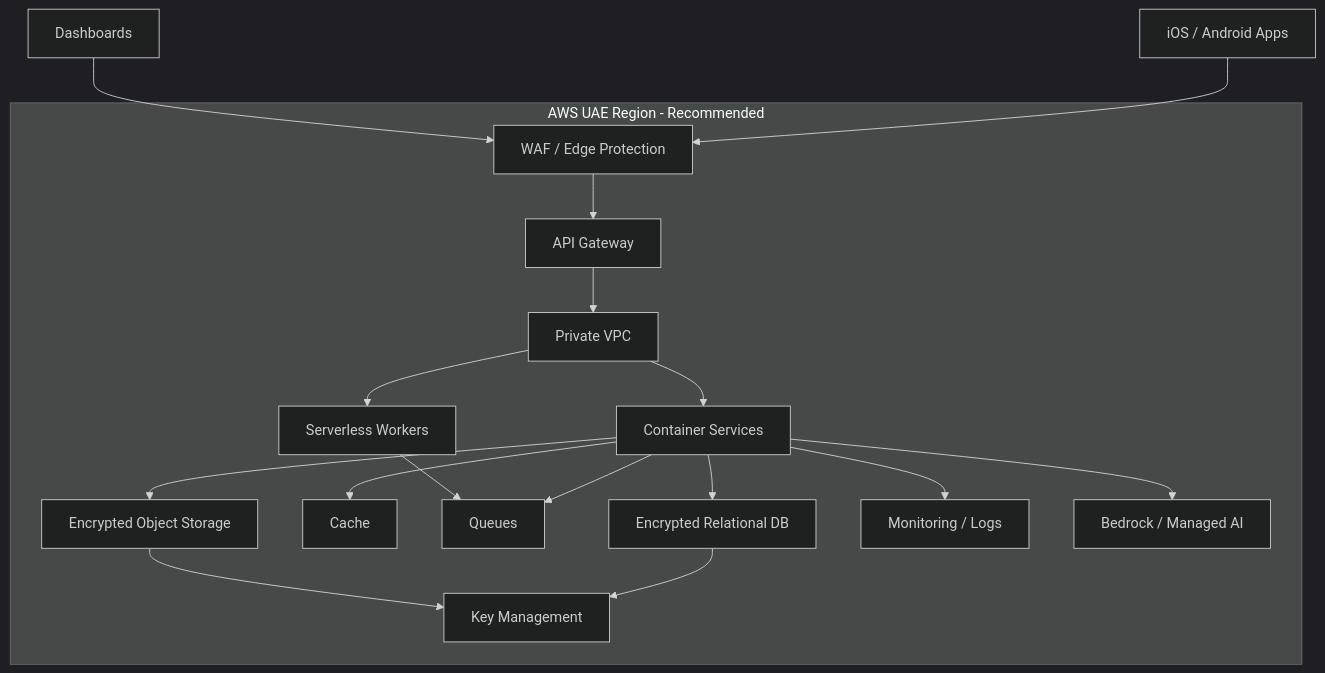
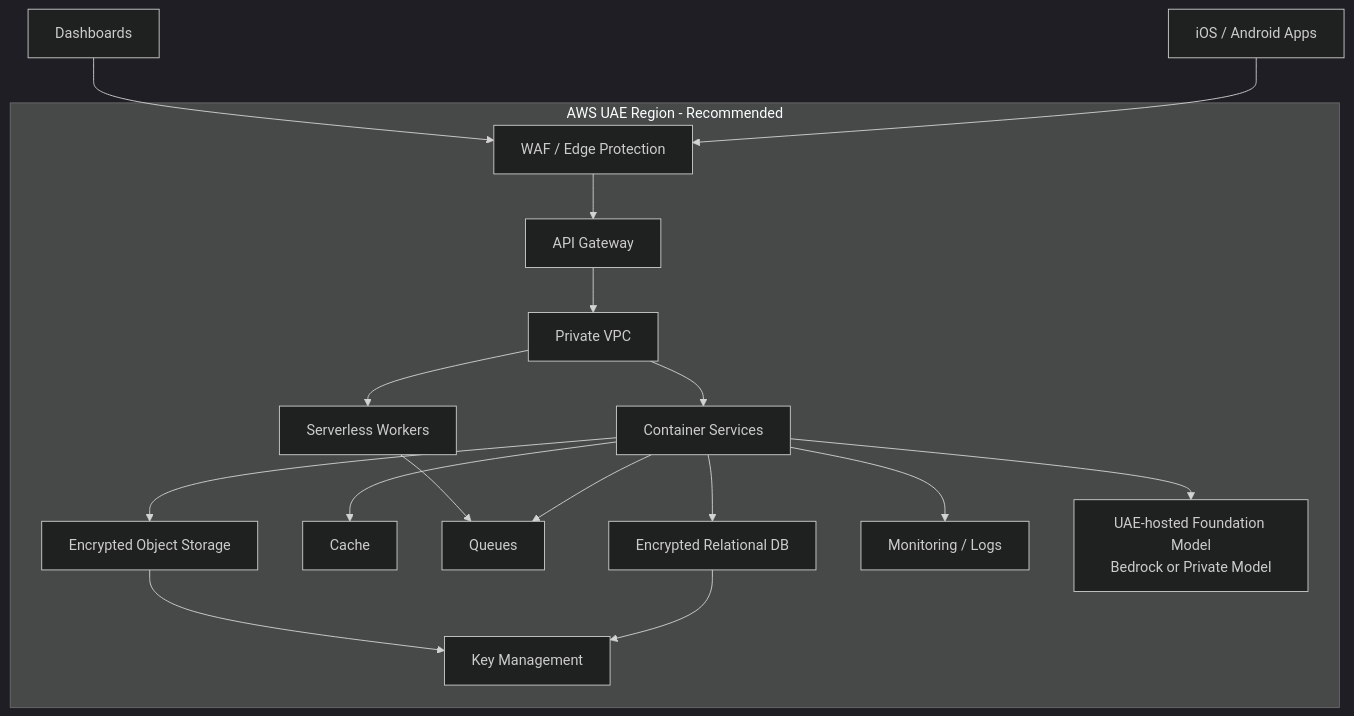
The eighth of 11 diagrams in Rahma_Client_Architecture_Implementation_Plan.md (adarshnub/rahma-implementation-plan), drawn with Mermaid (dark theme) before and after one commit. The commit also changed other lines of this file and 5 other files, not shown here.

First line of the commit message:
Update Architecture Implementation Plan and Client Plan

````diff
--- a/Rahma_Client_Architecture_Implementation_Plan.md
+++ b/Rahma_Client_Architecture_Implementation_Plan.md
@@ -786,33 +787,33 @@
 ```mermaid
 flowchart TB
   subgraph UAECloud["AWS UAE Region - Recommended"]
     WAF["WAF / Edge Protection"]
     APIGW["API Gateway"]
     VPC["Private VPC"]
     ECS["Container Services"]
     Lambda["Serverless Workers"]
     RDS["Encrypted Relational DB"]
     Redis["Cache"]
     SQS["Queues"]
     S3["Encrypted Object Storage"]
     KMS["Key Management"]
     CW["Monitoring / Logs"]
-    Bedrock["Bedrock / Managed AI"]
+    Bedrock["UAE-hosted Foundation Model<br/>Bedrock or Private Model"]
   end
 
   Mobile["iOS / Android Apps"] --> WAF
   Dash["Dashboards"] --> WAF
   WAF --> APIGW
   APIGW --> VPC
   VPC --> ECS
   VPC --> Lambda
   ECS --> RDS
   ECS --> Redis
   ECS --> SQS
   Lambda --> SQS
   ECS --> S3
   RDS --> KMS
   S3 --> KMS
   ECS --> Bedrock
   ECS --> CW
 ```
````
